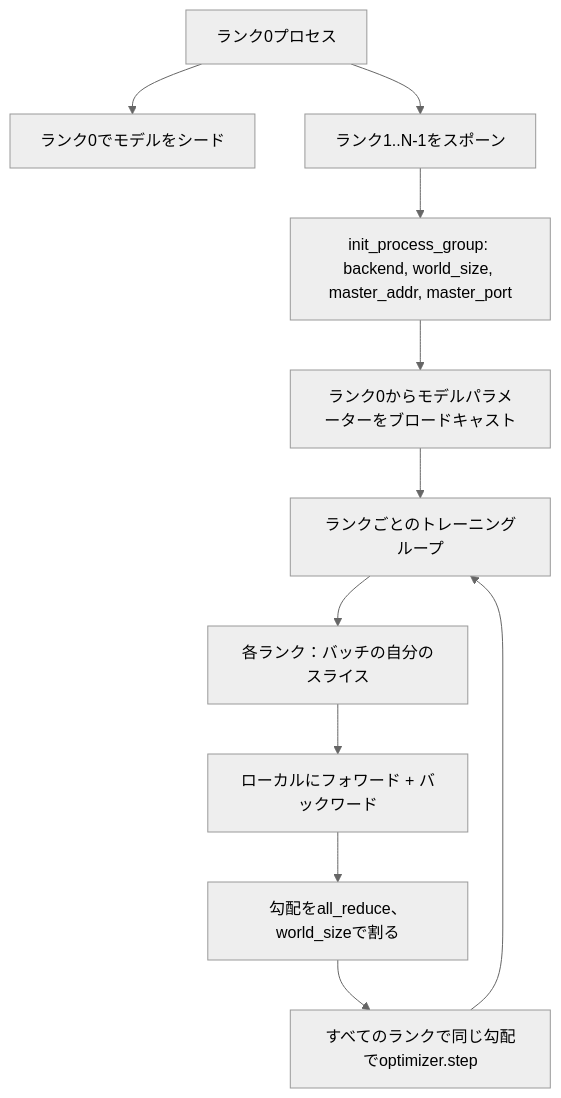
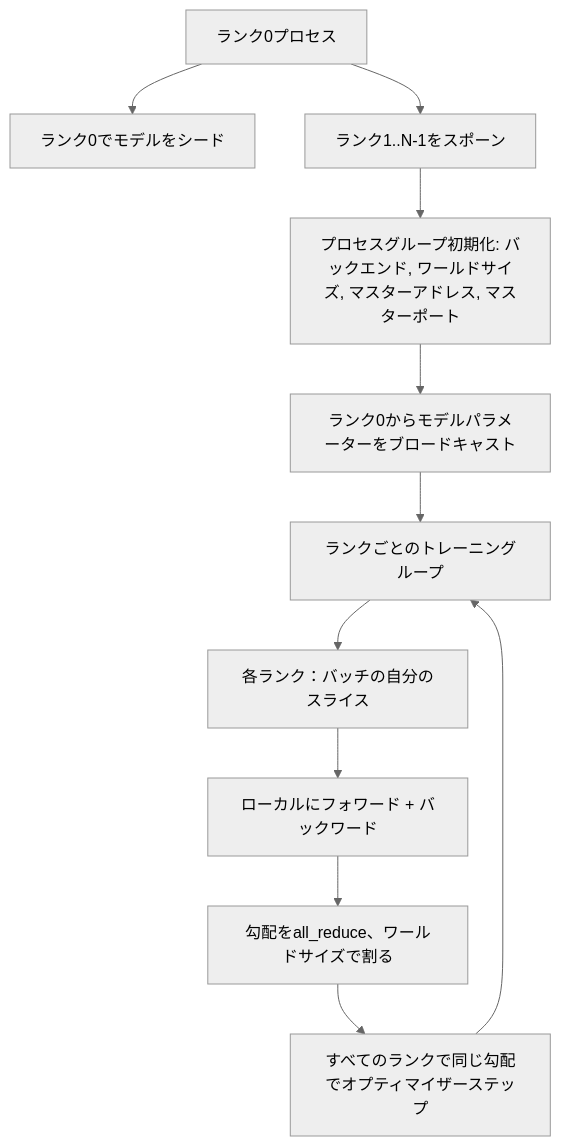
Before and after one commit to shoshoshomen/synapse-academy: the first of 2 diagrams in content/phases/19-capstone-projects/48-distributed-fsdp-ddp/lesson.ja.md, drawn with Mermaid (neutral theme). The commit also changed other lines of this file and 124 other files, not shown here.

First line of the commit message:
feat(i18n): mermaid図のラベルを日本語化(194レッスン/374図)

````diff
--- a/content/phases/19-capstone-projects/48-distributed-fsdp-ddp/lesson.ja.md
+++ b/content/phases/19-capstone-projects/48-distributed-fsdp-ddp/lesson.ja.md
@@ -23,13 +23,13 @@
 ```mermaid
 flowchart TB
-  init[ランク0プロセス] --> seed[ランク0でモデルをシード]
-  init --> spawn[ランク1..N-1をスポーン]
-  spawn --> pg[init_process_group: backend, world_size, master_addr, master_port]
-  pg --> bcast[ランク0からモデルパラメーターをブロードキャスト]
-  bcast --> loop[ランクごとのトレーニングループ]
-  loop --> shard[各ランク：バッチの自分のスライス]
-  shard --> fwd[ローカルにフォワード + バックワード]
-  fwd --> ar[勾配をall_reduce、world_sizeで割る]
-  ar --> step[すべてのランクで同じ勾配でoptimizer.step]
+  init["ランク0プロセス"] --> seed["ランク0でモデルをシード"]
+  init --> spawn["ランク1..N-1をスポーン"]
+  spawn --> pg["プロセスグループ初期化: バックエンド, ワールドサイズ, マスターアドレス, マスターポート"]
+  pg --> bcast["ランク0からモデルパラメーターをブロードキャスト"]
+  bcast --> loop["ランクごとのトレーニングループ"]
+  loop --> shard["各ランク：バッチの自分のスライス"]
+  shard --> fwd["ローカルにフォワード + バックワード"]
+  fwd --> ar["勾配をall_reduce、ワールドサイズで割る"]
+  ar --> step["すべてのランクで同じ勾配でオプティマイザーステップ"]
   step --> loop
 ```
````
